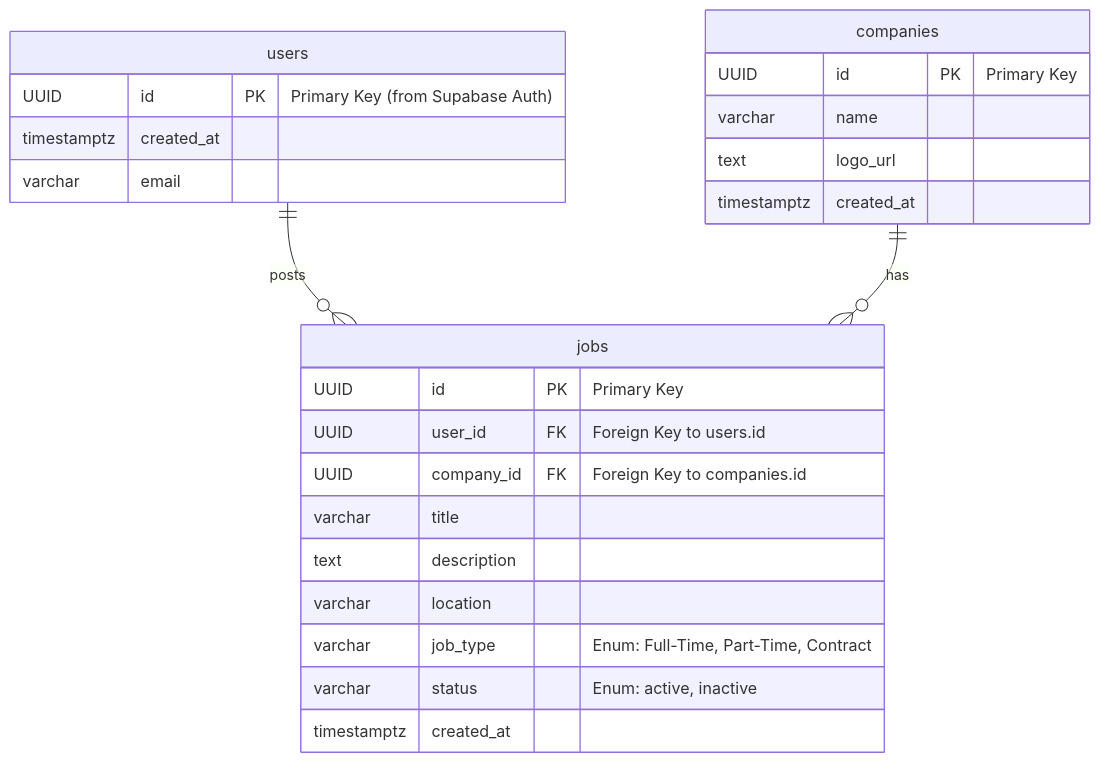
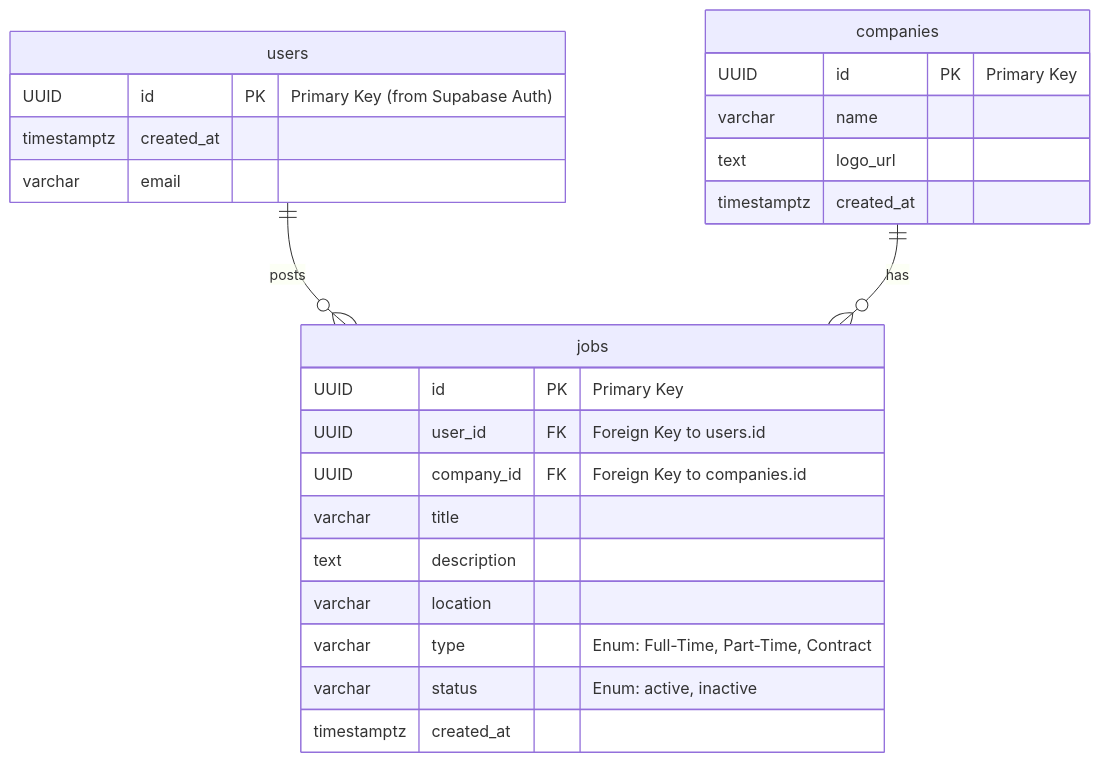
One commit to robbywh/job-board changed the diagram in README.md. Above: the diagram before and after it, drawn with Mermaid.

````diff
--- a/README.md
+++ b/README.md
@@ -220,30 +220,30 @@
 ```mermaid
 erDiagram
     users {
         UUID id PK "Primary Key (from Supabase Auth)"
         timestamptz created_at
         varchar email
     }
 
     companies {
         UUID id PK "Primary Key"
         varchar name
         text logo_url
         timestamptz created_at
     }
 
     jobs {
         UUID id PK "Primary Key"
         UUID user_id FK "Foreign Key to users.id"
         UUID company_id FK "Foreign Key to companies.id"
         varchar title
         text description
         varchar location
-        varchar job_type "Enum: Full-Time, Part-Time, Contract"
+        varchar type "Enum: Full-Time, Part-Time, Contract"
         varchar status "Enum: active, inactive"
         timestamptz created_at
     }
 
     users ||--o{ jobs : "posts"
     companies ||--o{ jobs : "has"
 ```
````
